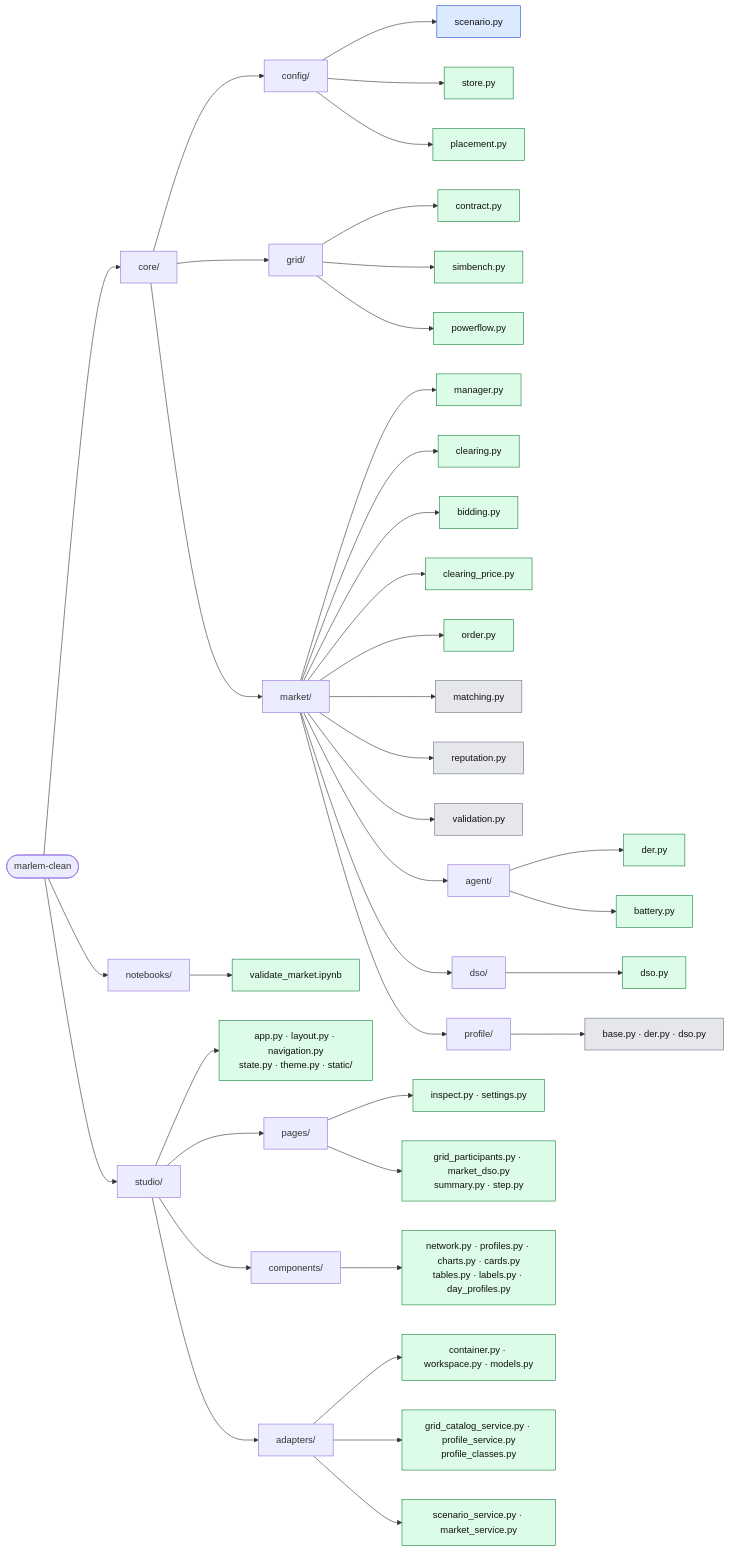
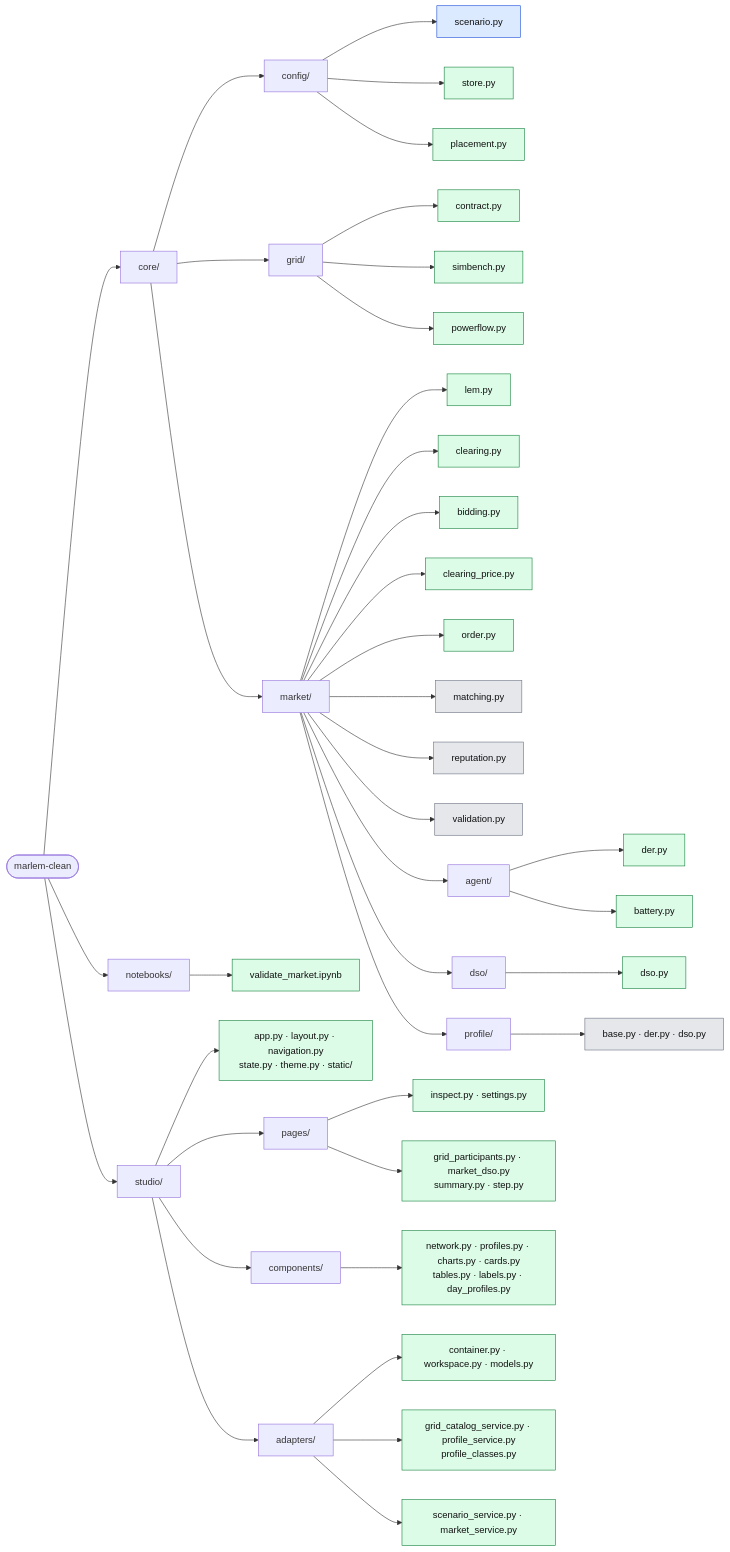
The diagram in docs/structure.md (KevinRapo/P2P-thesis), drawn with Mermaid before and after one commit. The commit also changed other lines of this file and 6 other files, not shown here.

First line of the commit message:
Rename MarketManager to LocalEnergyMarket in lem.py, as in Salazar's MARLEM

````diff
--- a/docs/structure.md
+++ b/docs/structure.md
@@ -14,53 +14,53 @@
 ```mermaid
 flowchart LR
   root(["marlem-clean"])
 
   root --> core["core/"]
 
   core --> config["config/"]
   config --> c1["scenario.py"]:::data
   config --> c2["store.py"]:::done
   config --> c3["placement.py"]:::done
 
   core --> grid["grid/"]
   grid --> g1["contract.py"]:::done
   grid --> g2["simbench.py"]:::done
   grid --> g3["powerflow.py"]:::done
 
   core --> market["market/"]
-  market --> m1["manager.py"]:::done
+  market --> m1["lem.py"]:::done
   market --> m7["clearing.py"]:::done
   market --> m8["bidding.py"]:::done
   market --> m4["clearing_price.py"]:::done
   market --> m2["order.py"]:::done
   market --> m3["matching.py"]:::orig
   market --> m5["reputation.py"]:::orig
   market --> m6["validation.py"]:::orig
   market --> agent["agent/"]
   agent --> a1["der.py"]:::done
   agent --> a2["battery.py"]:::done
   market --> dso["dso/"]
   dso --> d1["dso.py"]:::done
   market --> profile["profile/"]
   profile --> p1["base.py · der.py · dso.py"]:::orig
 
   root --> notebooks["notebooks/"]
   notebooks --> n1["validate_market.ipynb"]:::done
 
   root --> studio["studio/"]
   studio --> t1["app.py · layout.py · navigation.py<br/>state.py · theme.py · static/"]:::done
   studio --> pages["pages/"]
   pages --> pg1["inspect.py · settings.py"]:::done
   pages --> pg2["grid_participants.py · market_dso.py<br/>summary.py · step.py"]:::done
   studio --> comps["components/"]
   comps --> k1["network.py · profiles.py · charts.py · cards.py<br/>tables.py · labels.py · day_profiles.py"]:::done
   studio --> adapters["adapters/"]
   adapters --> v1["container.py · workspace.py · models.py"]:::done
   adapters --> v2["grid_catalog_service.py · profile_service.py<br/>profile_classes.py"]:::done
   adapters --> v3["scenario_service.py · market_service.py"]:::done
 
   classDef done fill:#dcfce7,stroke:#15803d,color:#111
   classDef data fill:#dbeafe,stroke:#1d4ed8,color:#111
   classDef stub fill:#fef3c7,stroke:#b45309,color:#111
   classDef orig fill:#e5e7eb,stroke:#6b7280,color:#111
 ```
````
